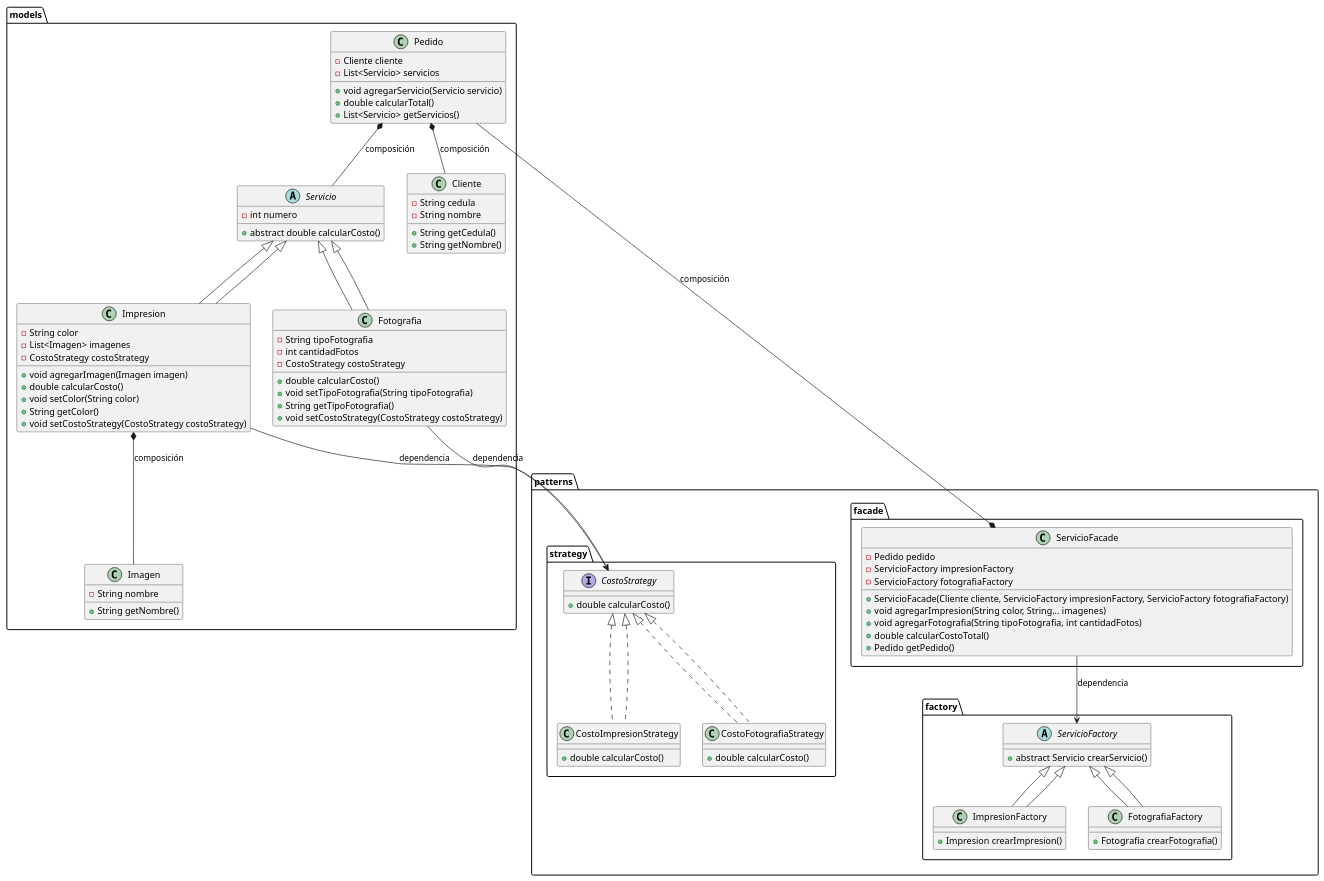
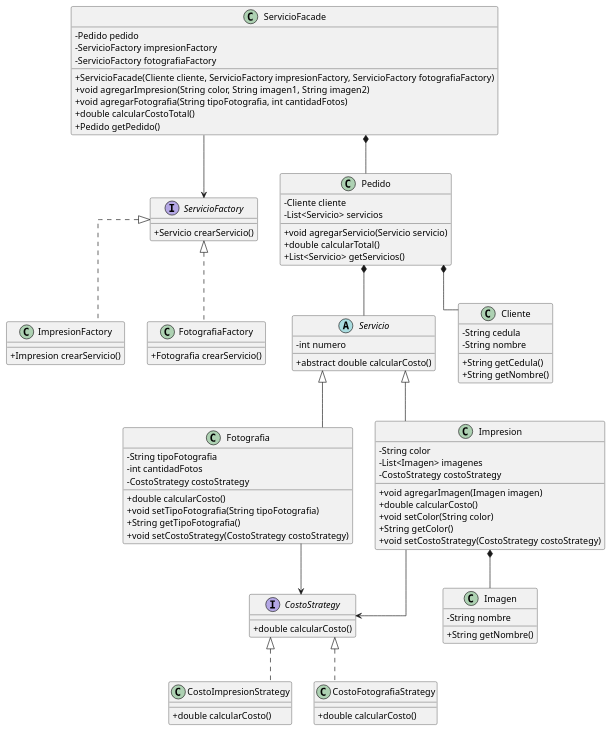
The diagram in UML.puml (mtapesc/PATRONES-DE-DISE-O-SEGUNDO-CORTE), drawn with PlantUML before and after one commit. The commit also changed 4 other files, not shown here.

Commit message:
se completo todo el codigo y se agrego al imagen del Diagrama

```diff
--- a/UML.puml
+++ b/UML.puml
@@ -1,109 +1,112 @@
 @startuml UML
 
-' Paquete principal
-package "models" {
-    abstract class Servicio {
-        - int numero
-        + abstract double calcularCosto()
-    }
+skinparam linetype ortho
+skinparam classAttributeIconSize 0
 
-    class Impresion extends Servicio {
-        - String color
-        - List<Imagen> imagenes
-        - CostoStrategy costoStrategy
-        + void agregarImagen(Imagen imagen)
-        + double calcularCosto()
-        + void setColor(String color)
-        + String getColor()
-        + void setCostoStrategy(CostoStrategy costoStrategy)
-    }
-
-    class Fotografia extends Servicio {
-        - String tipoFotografia
-        - int cantidadFotos
-        - CostoStrategy costoStrategy
-        + double calcularCosto()
-        + void setTipoFotografia(String tipoFotografia)
-        + String getTipoFotografia()
-        + void setCostoStrategy(CostoStrategy costoStrategy)
-    }
-
-    class Pedido {
-        - Cliente cliente
-        - List<Servicio> servicios
-        + void agregarServicio(Servicio servicio)
-        + double calcularTotal()
-        + List<Servicio> getServicios()
-    }
-
-    class Cliente {
-        - String cedula
-        - String nombre
-        + String getCedula()
-        + String getNombre()
-    }
-
-    class Imagen {
-        - String nombre
-        + String getNombre()
-    }
+' Interfaz ServicioFactory (Patrón Factory Method)
+interface ServicioFactory {
+    + Servicio crearServicio()
 }
 
-' Paquete de patrones de diseño
-package "patterns.strategy" {
-    interface CostoStrategy {
-        + double calcularCosto()
-    }
-
-    class CostoImpresionStrategy implements CostoStrategy {
-        + double calcularCosto()
-    }
-
-    class CostoFotografiaStrategy implements CostoStrategy {
-        + double calcularCosto()
-    }
+' Fábricas concretas que implementan ServicioFactory
+class ImpresionFactory {
+    + Impresion crearServicio()
 }
 
-package "patterns.factory" {
-    abstract class ServicioFactory {
-        + abstract Servicio crearServicio()
-    }
-
-    class ImpresionFactory extends ServicioFactory {
-        + Impresion crearImpresion()
-    }
-
-    class FotografiaFactory extends ServicioFactory {
-        + Fotografia crearFotografia()
-    }
+class FotografiaFactory {
+    + Fotografia crearServicio()
 }
 
-package "patterns.facade" {
-    class ServicioFacade {
-        - Pedido pedido
-        - ServicioFactory impresionFactory
-        - ServicioFactory fotografiaFactory
-        + ServicioFacade(Cliente cliente, ServicioFactory impresionFactory, ServicioFactory fotografiaFactory)
-        + void agregarImpresion(String color, String... imagenes)
-        + void agregarFotografia(String tipoFotografia, int cantidadFotos)
-        + double calcularCostoTotal()
-        + Pedido getPedido()
-    }
+' Interfaz CostoStrategy (Patrón Strategy)
+interface CostoStrategy {
+    + double calcularCosto()
+}
+
+' Estrategias concretas que implementan CostoStrategy
+class CostoImpresionStrategy {
+    + double calcularCosto()
+}
+
+class CostoFotografiaStrategy {
+    + double calcularCosto()
+}
+
+' Clase abstracta Servicio
+abstract class Servicio {
+    - int numero
+    + abstract double calcularCosto()
+}
+
+' Clases concretas que heredan de Servicio
+class Impresion {
+    - String color
+    - List<Imagen> imagenes
+    - CostoStrategy costoStrategy
+    + void agregarImagen(Imagen imagen)
+    + double calcularCosto()
+    + void setColor(String color)
+    + String getColor()
+    + void setCostoStrategy(CostoStrategy costoStrategy)
+}
+
+class Fotografia {
+    - String tipoFotografia
+    - int cantidadFotos
+    - CostoStrategy costoStrategy
+    + double calcularCosto()
+    + void setTipoFotografia(String tipoFotografia)
+    + String getTipoFotografia()
+    + void setCostoStrategy(CostoStrategy costoStrategy)
+}
+
+' Clase Pedido (Gestión de servicios)
+class Pedido {
+    - Cliente cliente
+    - List<Servicio> servicios
+    + void agregarServicio(Servicio servicio)
+    + double calcularTotal()
+    + List<Servicio> getServicios()
+}
+
+' Clase Cliente (Entidad básica)
+class Cliente {
+    - String cedula
+    - String nombre
+    + String getCedula()
+    + String getNombre()
+}
+
+' Clase Imagen (Entidad básica)
+class Imagen {
+    - String nombre
+    + String getNombre()
+}
+
+' Clase ServicioFacade (Patrón Facade)
+class ServicioFacade {
+    - Pedido pedido
+    - ServicioFactory impresionFactory
+    - ServicioFactory fotografiaFactory
+    + ServicioFacade(Cliente cliente, ServicioFactory impresionFactory, ServicioFactory fotografiaFactory)
+    + void agregarImpresion(String color, String imagen1, String imagen2)
+    + void agregarFotografia(String tipoFotografia, int cantidadFotos)
+    + double calcularCostoTotal()
+    + Pedido getPedido()
 }
 
 ' Relaciones
+ServicioFactory <|.. ImpresionFactory
+ServicioFactory <|.. FotografiaFactory
+CostoStrategy <|.. CostoImpresionStrategy
+CostoStrategy <|.. CostoFotografiaStrategy
 Servicio <|-- Impresion
 Servicio <|-- Fotografia
-Pedido *-- Cliente : composición
-Pedido *-- Servicio : composición
-Impresion *-- Imagen : composición
-Impresion --> CostoStrategy : dependencia
-Fotografia --> CostoStrategy : dependencia
-CostoStrategy <|.. CostoImpresionStrategy
-CostoStrategy <|.. CostoFotografiaStrategy
-ServicioFacade *-- Pedido : composición
-ServicioFacade --> ServicioFactory : dependencia
-ServicioFactory <|-- ImpresionFactory
-ServicioFactory <|-- FotografiaFactory
+Pedido *-- Cliente
+Pedido *-- Servicio
+Impresion *-- Imagen
+Impresion --> CostoStrategy
+Fotografia --> CostoStrategy
+ServicioFacade *-- Pedido
+ServicioFacade --> ServicioFactory
 
 @enduml
```
